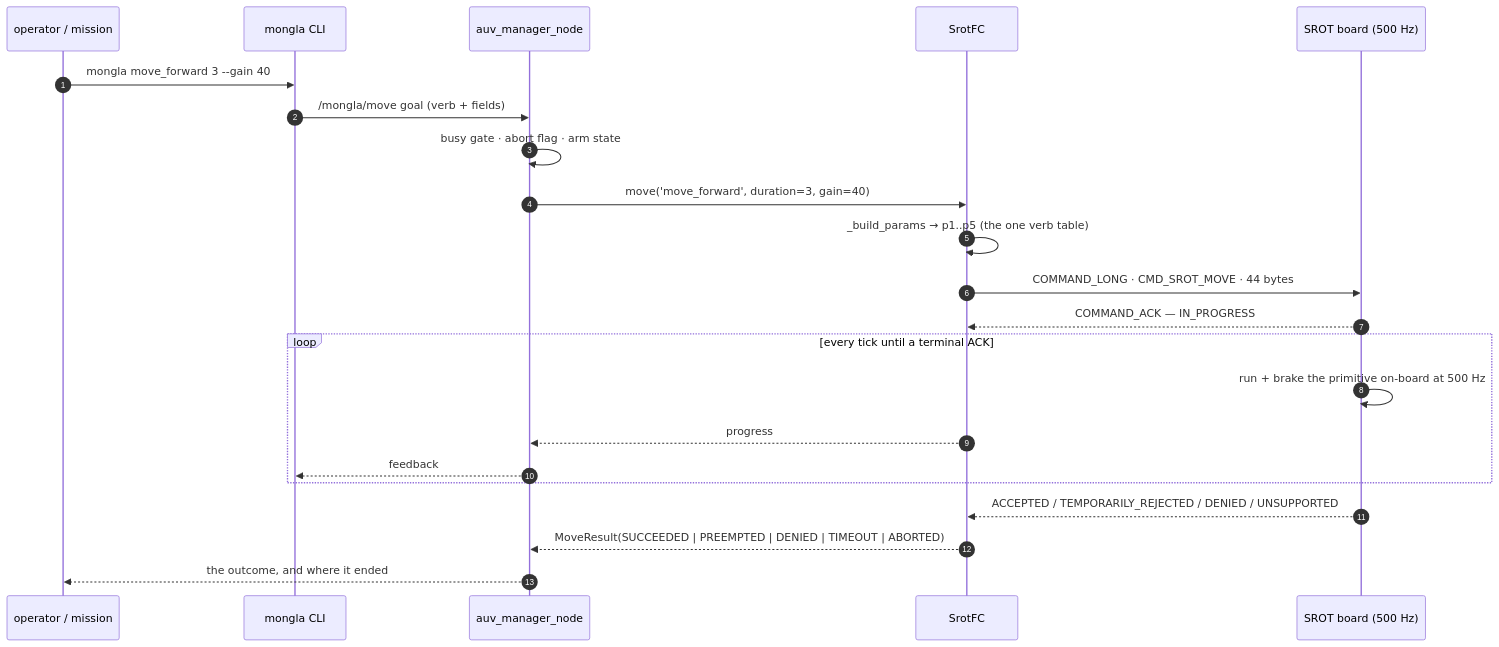
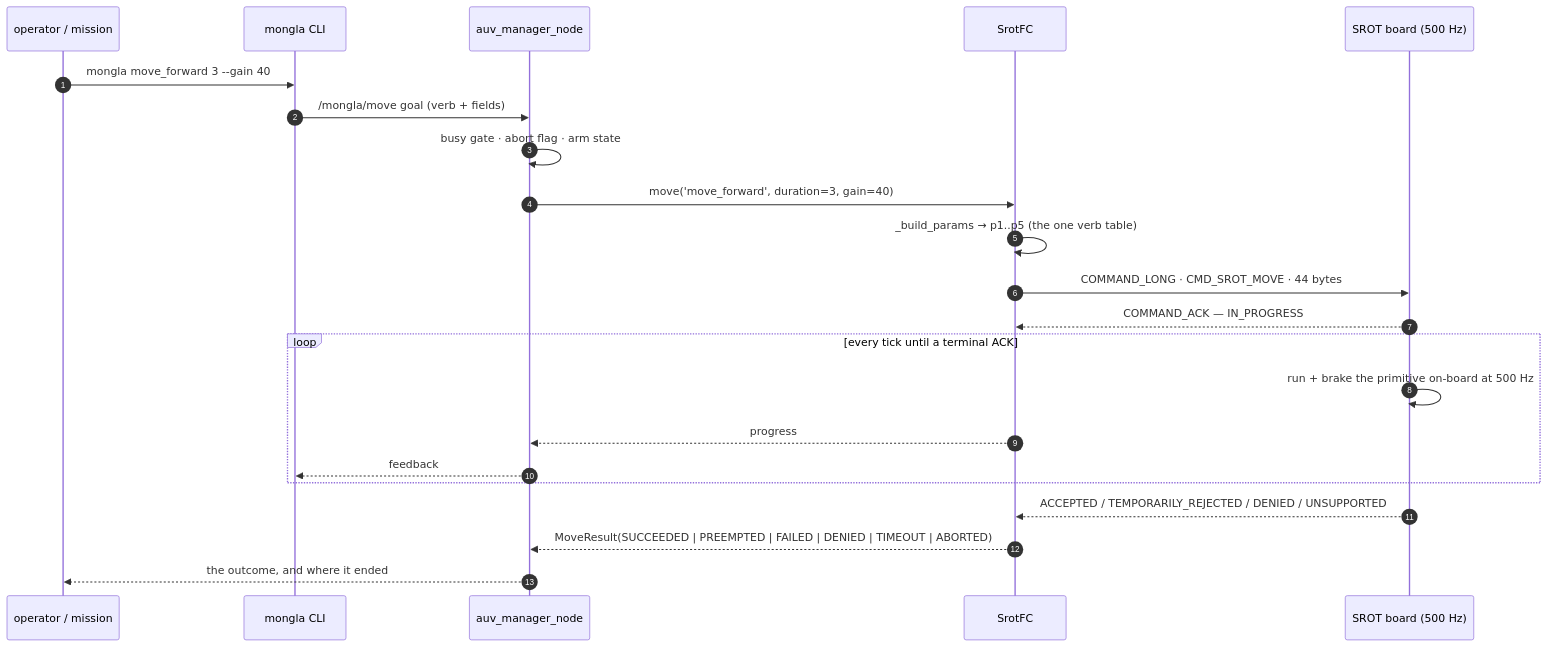
The fourth of 10 diagrams in README.md (fh1m/mongla_ws), drawn with Mermaid before and after one commit. The commit also changed other lines of this file and 3 other files, not shown here.

````diff
--- a/README.md
+++ b/README.md
@@ -267,24 +267,24 @@
 ```mermaid
 sequenceDiagram
     autonumber
     participant Op as operator / mission
     participant CLI as mongla CLI
     participant AS as auv_manager_node
     participant FC as SrotFC
     participant BD as SROT board (500 Hz)
     Op->>CLI: mongla move_forward 3 --gain 40
     CLI->>AS: /mongla/move goal (verb + fields)
     AS->>AS: busy gate · abort flag · arm state
     AS->>FC: move('move_forward', duration=3, gain=40)
     FC->>FC: _build_params → p1..p5 (the one verb table)
     FC->>BD: COMMAND_LONG · CMD_SROT_MOVE · 44 bytes
     BD-->>FC: COMMAND_ACK — IN_PROGRESS
     loop every tick until a terminal ACK
         BD->>BD: run + brake the primitive on-board at 500 Hz
         FC-->>AS: progress
         AS-->>CLI: feedback
     end
     BD-->>FC: ACCEPTED / TEMPORARILY_REJECTED / DENIED / UNSUPPORTED
-    FC-->>AS: MoveResult(SUCCEEDED | PREEMPTED | DENIED | TIMEOUT | ABORTED)
+    FC-->>AS: MoveResult(SUCCEEDED | PREEMPTED | FAILED | DENIED | TIMEOUT | ABORTED)
     AS-->>Op: the outcome, and where it ended
 ```
````
